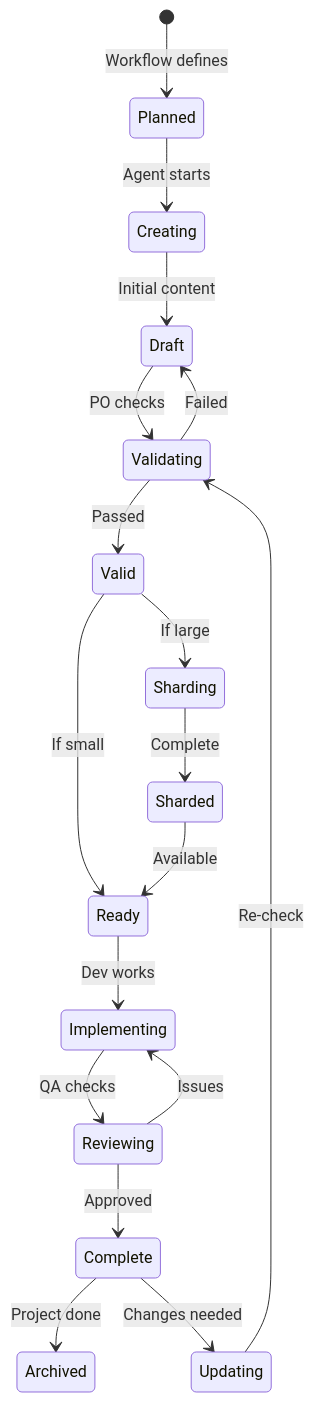
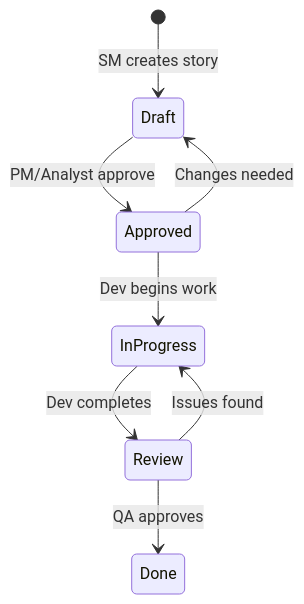
The fifth of 5 diagrams in 21-bmad-document-patterns.md (ajflexxx/bmad-method-guide), drawn with Mermaid before and after one commit. The commit also changed other lines of this file and 24 other files, not shown here.

````diff
--- a/21-bmad-document-patterns.md
+++ b/21-bmad-document-patterns.md
@@ -574,26 +575,11 @@
 ```mermaid
 stateDiagram-v2
-    [*] --> Planned: Workflow defines
-    Planned --> Creating: Agent starts
-    Creating --> Draft: Initial content
-    Draft --> Validating: PO checks
+    [*] --> Draft: SM creates story
+    Draft --> Approved: PM/Analyst approve
+    Approved --> InProgress: Dev begins work
+    InProgress --> Review: Dev completes
+    Review --> Done: QA approves
     
-    Validating --> Valid: Passed
-    Validating --> Draft: Failed
-    
-    Valid --> Sharding: If large
-    Valid --> Ready: If small
-    
-    Sharding --> Sharded: Complete
-    Sharded --> Ready: Available
-    
-    Ready --> Implementing: Dev works
-    Implementing --> Reviewing: QA checks
-    
-    Reviewing --> Complete: Approved
-    Reviewing --> Implementing: Issues
-    
-    Complete --> Archived: Project done
-    Complete --> Updating: Changes needed
-    Updating --> Validating: Re-check
+    Review --> InProgress: Issues found
+    Approved --> Draft: Changes needed
 ```
````
